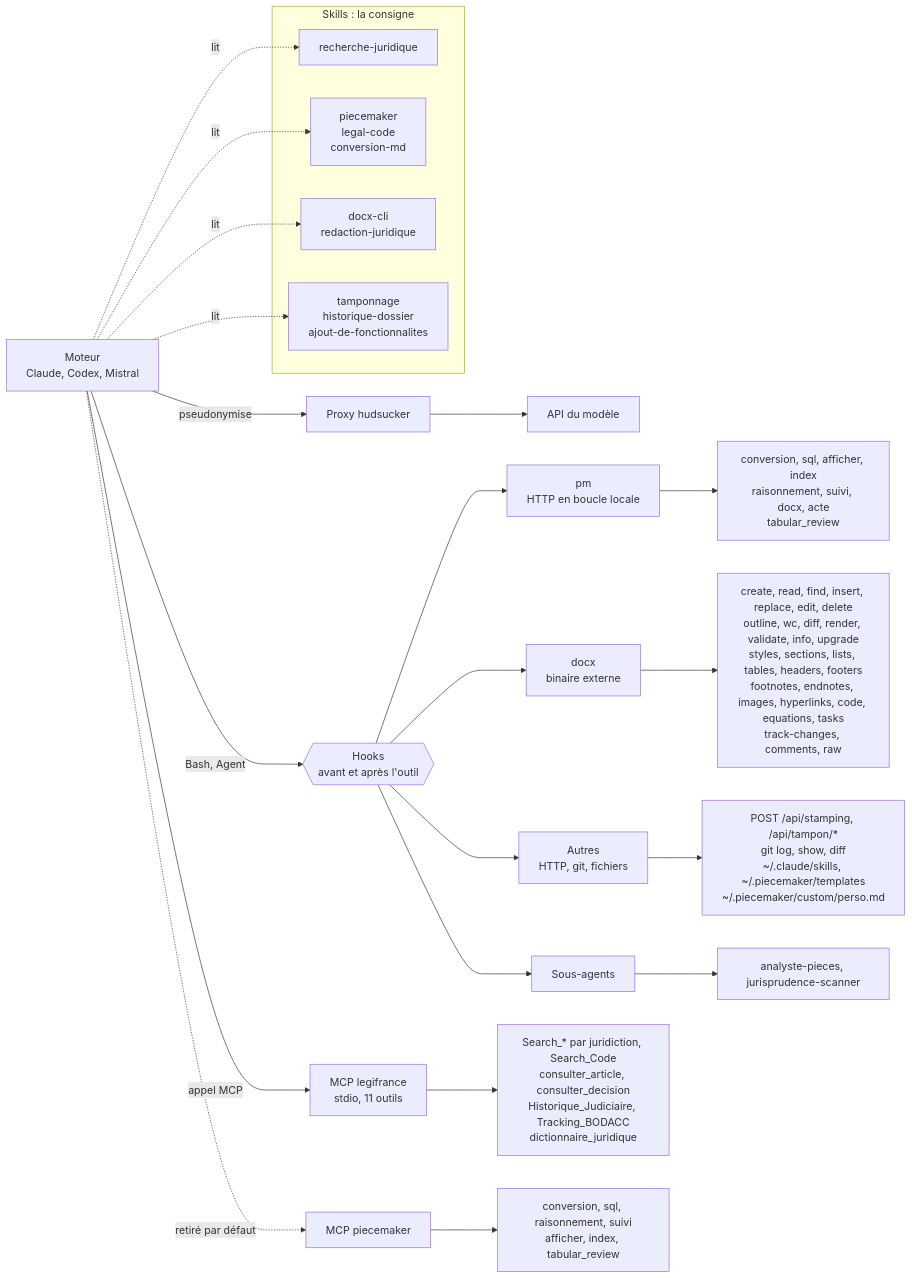
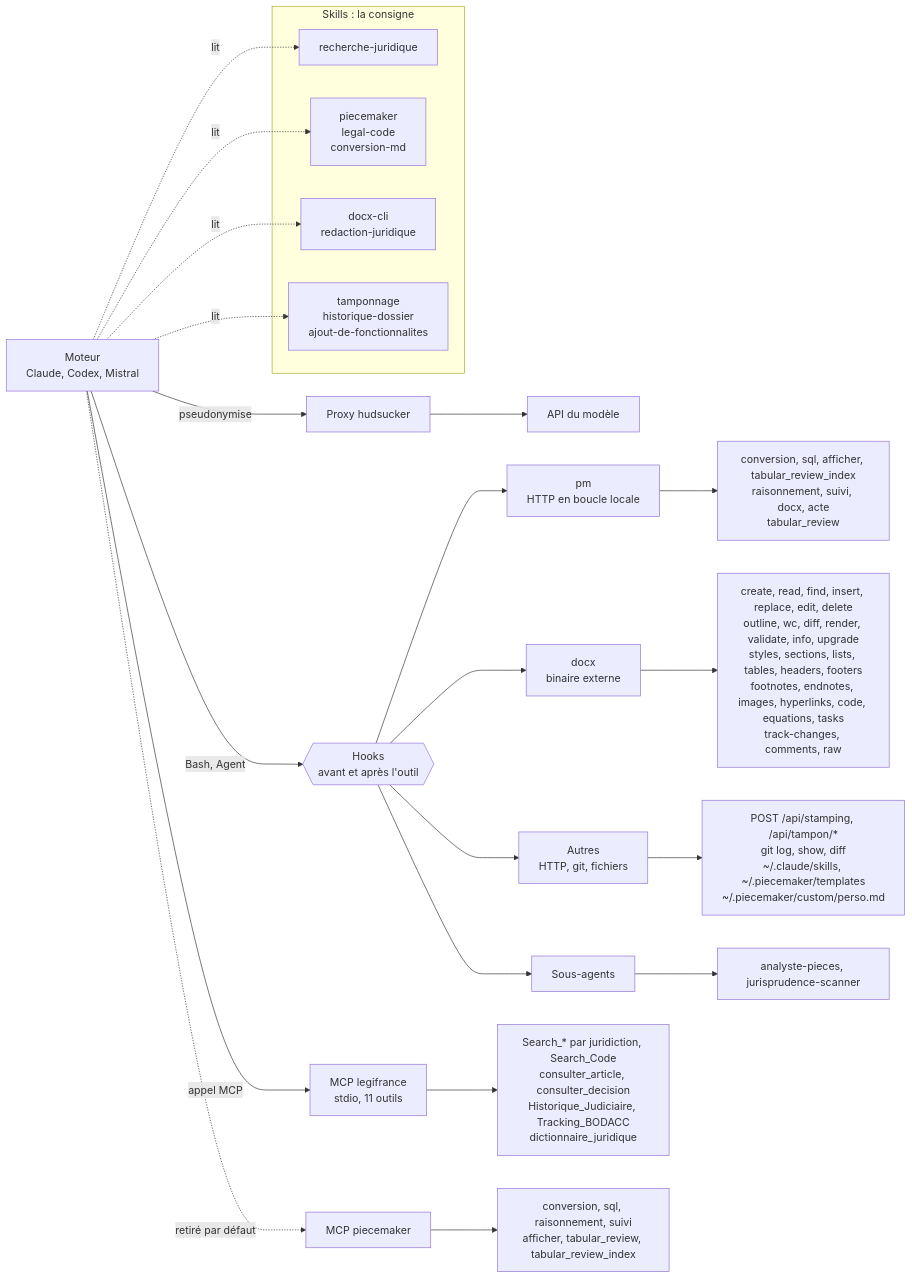
One commit to PieceMaker-Legal/piecemaker-droit-francais changed the diagram in docs/inventaire-outils.md. Above: the diagram before and after it, drawn with Mermaid. The commit also changed other lines of this file and 12 other files, not shown here.

First line of the commit message:
refactor(index): fusionner l'index dans tabular_review_index

````diff
--- a/docs/inventaire-outils.md
+++ b/docs/inventaire-outils.md
@@ -7,34 +7,34 @@
 ```mermaid
 flowchart LR
   subgraph S[Skills : la consigne]
     S1[recherche-juridique]
     S2[piecemaker<br/>legal-code<br/>conversion-md]
     S3[docx-cli<br/>redaction-juridique]
     S4[tamponnage<br/>historique-dossier<br/>ajout-de-fonctionnalites]
   end
 
   M[Moteur<br/>Claude, Codex, Mistral]
   P[Proxy hudsucker] --> API[API du modèle]
   H{{Hooks<br/>avant et après l'outil}}
 
   M -. lit .-> S1
   M -. lit .-> S2
   M -. lit .-> S3
   M -. lit .-> S4
   M -- pseudonymise --> P
 
   M -- appel MCP --> L[MCP legifrance<br/>stdio, 11 outils]
   M -- Bash, Agent --> H
   H --> PM[pm<br/>HTTP en boucle locale]
   H --> D[docx<br/>binaire externe]
   H --> O[Autres<br/>HTTP, git, fichiers]
   H --> A[Sous-agents]
   M -. retiré par défaut .-> R[MCP piecemaker]
 
   L --> L1[Search_* par juridiction, Search_Code<br/>consulter_article, consulter_decision<br/>Historique_Judiciaire, Tracking_BODACC<br/>dictionnaire_juridique]
-  PM --> PM1[conversion, sql, afficher, index<br/>raisonnement, suivi, docx, acte<br/>tabular_review]
+  PM --> PM1[conversion, sql, afficher, tabular_review_index<br/>raisonnement, suivi, docx, acte<br/>tabular_review]
   D --> D1[create, read, find, insert, replace, edit, delete<br/>outline, wc, diff, render, validate, info, upgrade<br/>styles, sections, lists, tables, headers, footers<br/>footnotes, endnotes, images, hyperlinks, code, equations, tasks<br/>track-changes, comments, raw]
   O --> O1[POST /api/stamping, /api/tampon/*<br/>git log, show, diff<br/>~/.claude/skills, ~/.piecemaker/templates<br/>~/.piecemaker/custom/perso.md]
   A --> A1[analyste-pieces, jurisprudence-scanner]
-  R --> R1[conversion, sql, raisonnement, suivi<br/>afficher, index, tabular_review]
+  R --> R1[conversion, sql, raisonnement, suivi<br/>afficher, tabular_review, tabular_review_index]
 ```
````
